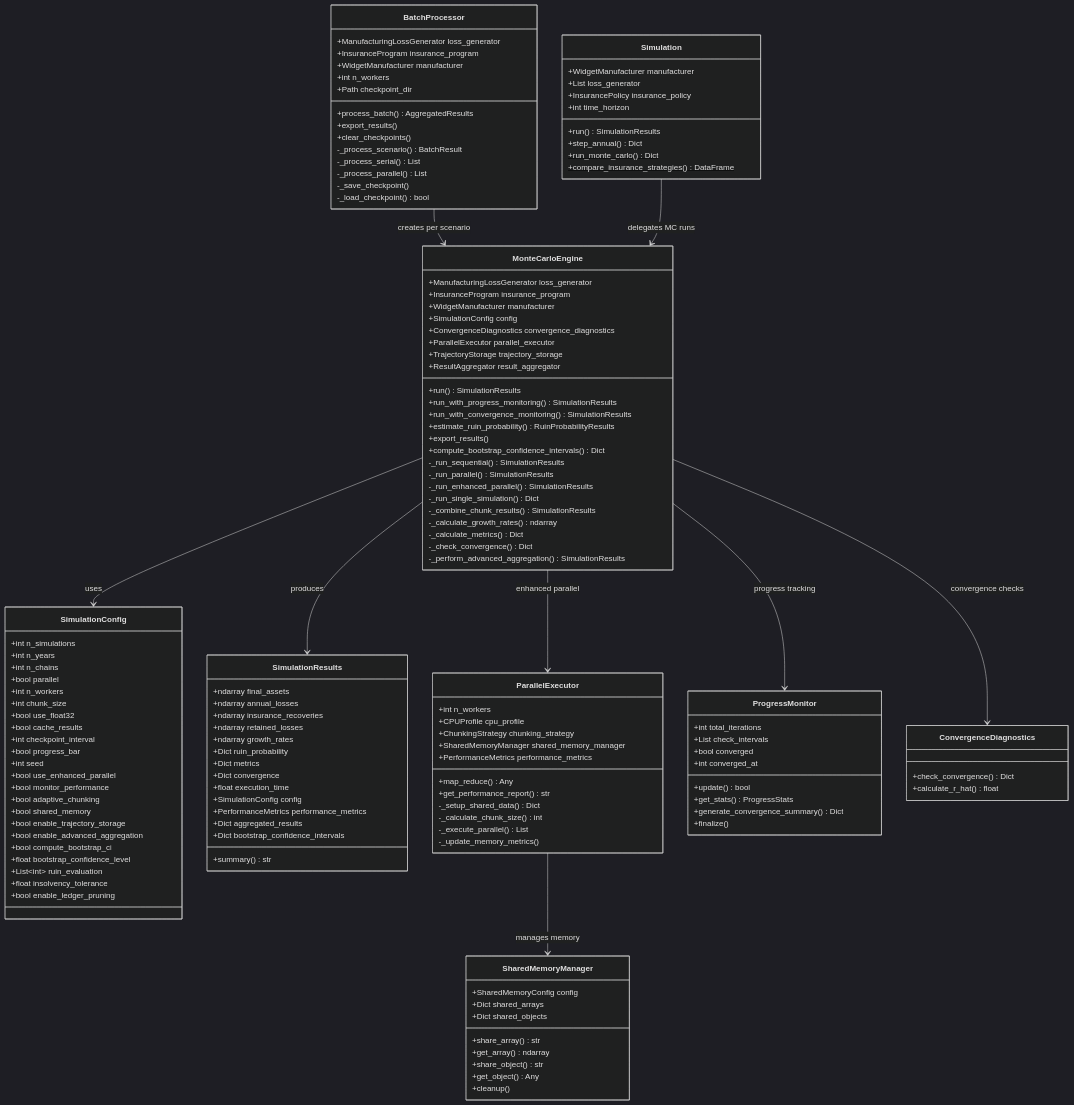
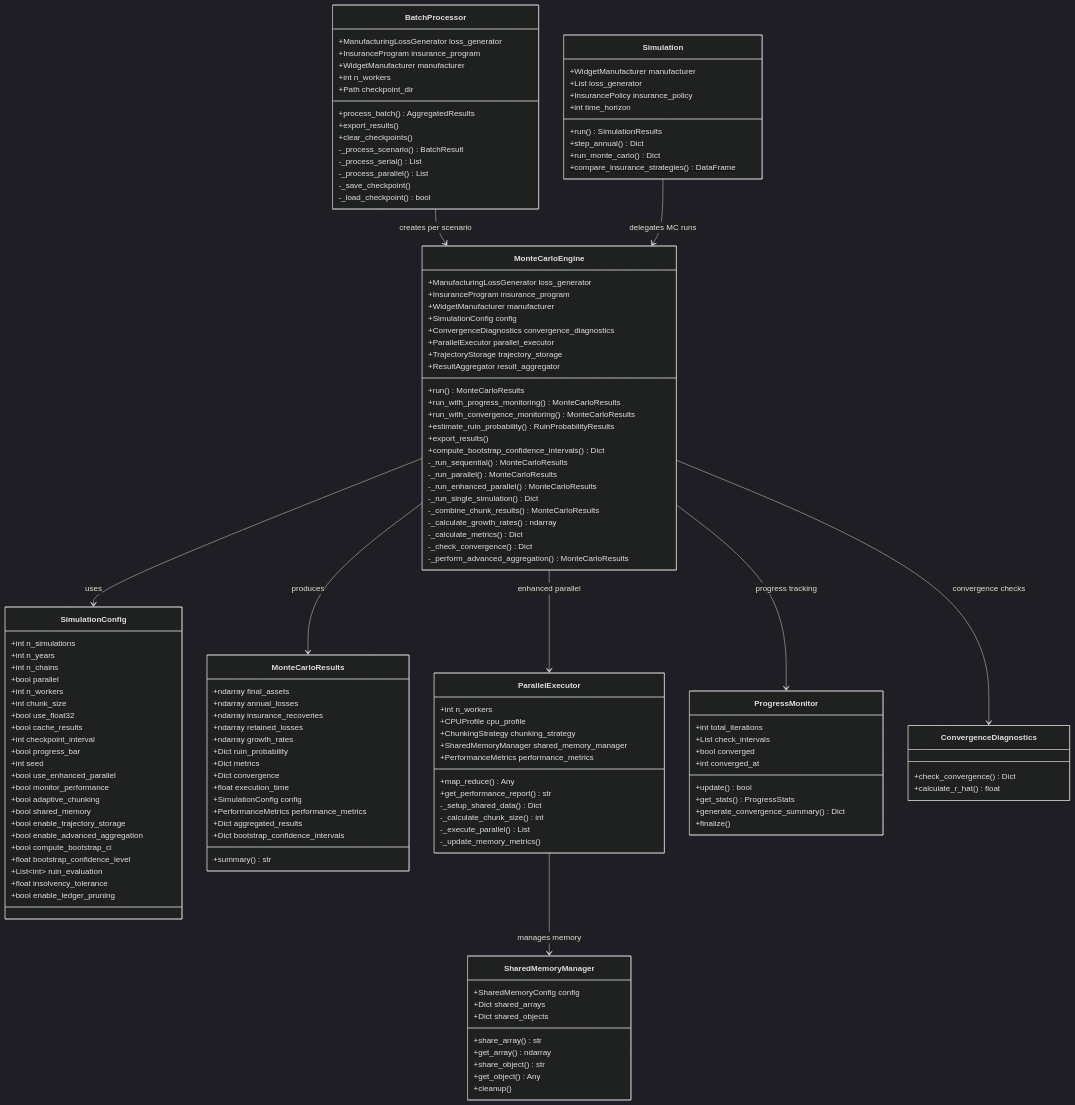
Before and after one commit to AlexFiliakov/Ergodic-Insurance-Limits: the third of 8 diagrams in ergodic_insurance/docs/architecture/monte_carlo_architecture.md, drawn with Mermaid (dark theme). The commit also changed other lines of this file and 27 other files, not shown here.

First line of the commit message:
feat!: rename monte_carlo.SimulationResults to MonteCarloResults (#378)

```diff
--- a/ergodic_insurance/docs/architecture/monte_carlo_architecture.md
+++ b/ergodic_insurance/docs/architecture/monte_carlo_architecture.md
@@ -188,7 +188,7 @@
         +bool enable_ledger_pruning
     }
 
-    class SimulationResults {
+    class MonteCarloResults {
         +ndarray final_assets
         +ndarray annual_losses
         +ndarray insurance_recoveries
@@ -214,21 +214,21 @@
         +ParallelExecutor parallel_executor
         +TrajectoryStorage trajectory_storage
         +ResultAggregator result_aggregator
-        +run() SimulationResults
-        +run_with_progress_monitoring() SimulationResults
-        +run_with_convergence_monitoring() SimulationResults
+        +run() MonteCarloResults
+        +run_with_progress_monitoring() MonteCarloResults
+        +run_with_convergence_monitoring() MonteCarloResults
         +estimate_ruin_probability() RuinProbabilityResults
         +export_results()
         +compute_bootstrap_confidence_intervals() Dict
-        -_run_sequential() SimulationResults
-        -_run_parallel() SimulationResults
-        -_run_enhanced_parallel() SimulationResults
+        -_run_sequential() MonteCarloResults
+        -_run_parallel() MonteCarloResults
+        -_run_enhanced_parallel() MonteCarloResults
         -_run_single_simulation() Dict
-        -_combine_chunk_results() SimulationResults
+        -_combine_chunk_results() MonteCarloResults
         -_calculate_growth_rates() ndarray
         -_calculate_metrics() Dict
         -_check_convergence() Dict
-        -_perform_advanced_aggregation() SimulationResults
+        -_perform_advanced_aggregation() MonteCarloResults
     }
 
     class ParallelExecutor {
@@ -300,7 +300,7 @@
     }
 
     MonteCarloEngine --> SimulationConfig : uses
-    MonteCarloEngine --> SimulationResults : produces
+    MonteCarloEngine --> MonteCarloResults : produces
     MonteCarloEngine --> ParallelExecutor : enhanced parallel
     MonteCarloEngine --> ConvergenceDiagnostics : convergence checks
     MonteCarloEngine --> ProgressMonitor : progress tracking
```
